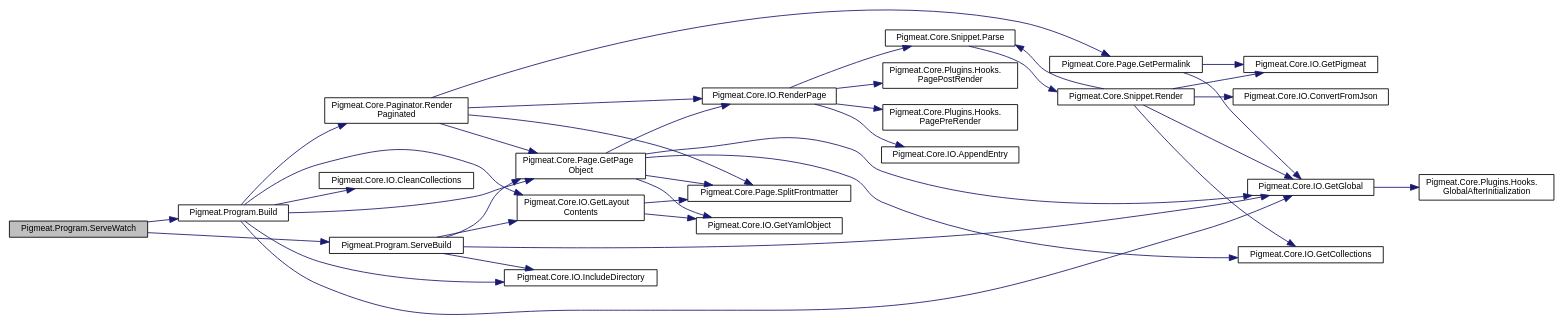
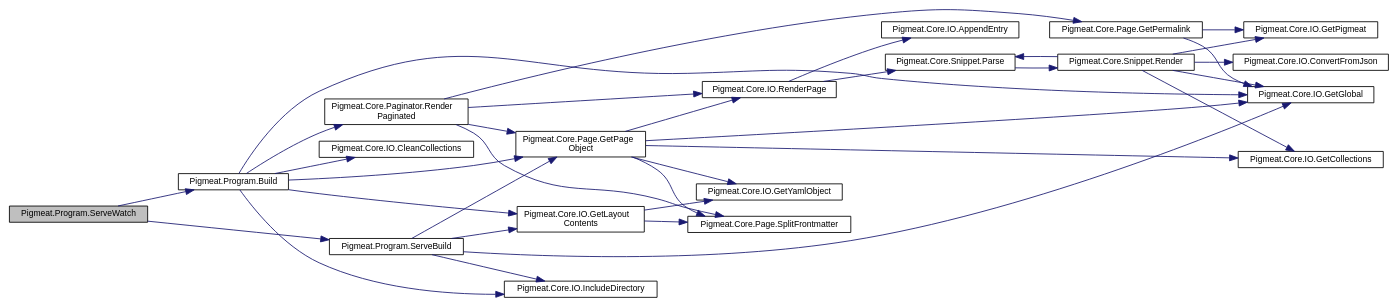
Before and after one commit to milovidov983/Pigmeat: the diagram in class_pigmeat_1_1_program_a7fbef86d893429923099420b3748b826_cgraph.dot, drawn with Graphviz. The commit also changed 198 other files, not shown here.

```diff
--- a/class_pigmeat_1_1_program_a7fbef86d893429923099420b3748b826_cgraph.dot
+++ b/class_pigmeat_1_1_program_a7fbef86d893429923099420b3748b826_cgraph.dot
@@ -3,62 +3,56 @@
   edge [fontname="Helvetica",fontsize="10",labelfontname="Helvetica",labelfontsize="10"];
   node [fontname="Helvetica",fontsize="10",shape=record];
   rankdir="LR";
-  Node147 [label="Pigmeat.Program.ServeWatch",height=0.2,width=0.4,color="black", fillcolor="grey75", style="filled", fontcolor="black"];
-  Node147 -> Node148 [color="midnightblue",fontsize="10",style="solid",fontname="Helvetica"];
-  Node148 [label="Pigmeat.Program.Build",height=0.2,width=0.4,color="black", fillcolor="white", style="filled",URL="$class_pigmeat_1_1_program.html#a878beaee804aea5645618e59b1a6d250",tooltip="The standard Pigmeat build process "];
-  Node148 -> Node149 [color="midnightblue",fontsize="10",style="solid",fontname="Helvetica"];
-  Node149 [label="Pigmeat.Core.IO.GetGlobal",height=0.2,width=0.4,color="black", fillcolor="white", style="filled",URL="$class_pigmeat_1_1_core_1_1_i_o.html#a8f84ec34a489ed4c83089b16308ddc7f",tooltip="Get file representing project&#39;s Global context "];
-  Node149 -> Node150 [color="midnightblue",fontsize="10",style="solid",fontname="Helvetica"];
-  Node150 [label="Pigmeat.Core.Plugins.Hooks.\lGlobalAfterInitialization",height=0.2,width=0.4,color="black", fillcolor="white", style="filled",URL="$class_pigmeat_1_1_core_1_1_plugins_1_1_hooks.html#ab2e3f7c36307a442db4ad8da510d2ee0",tooltip="Immediately after getting the global context"];
-  Node148 -> Node151 [color="midnightblue",fontsize="10",style="solid",fontname="Helvetica"];
-  Node151 [label="Pigmeat.Core.IO.GetLayout\lContents",height=0.2,width=0.4,color="black", fillcolor="white", style="filled",URL="$class_pigmeat_1_1_core_1_1_i_o.html#ae9cd73892daa23bdf19c9a229fe62b7b",tooltip="Get the contents of Layouts recursively "];
-  Node151 -> Node152 [color="midnightblue",fontsize="10",style="solid",fontname="Helvetica"];
-  Node152 [label="Pigmeat.Core.Page.SplitFrontmatter",height=0.2,width=0.4,color="black", fillcolor="white", style="filled",URL="$class_pigmeat_1_1_core_1_1_page.html#adeeba3432008a2b7718ad52c2e0ae058",tooltip="Gets the YAML of the frontmatter for a given page "];
-  Node151 -> Node153 [color="midnightblue",fontsize="10",style="solid",fontname="Helvetica"];
-  Node153 [label="Pigmeat.Core.IO.GetYamlObject",height=0.2,width=0.4,color="black", fillcolor="white", style="filled",URL="$class_pigmeat_1_1_core_1_1_i_o.html#a65785eb7263115da1c592b06597727f5",tooltip="Convert YAML data into JObject "];
-  Node148 -> Node154 [color="midnightblue",fontsize="10",style="solid",fontname="Helvetica"];
-  Node154 [label="Pigmeat.Core.Page.GetPage\lObject",height=0.2,width=0.4,color="black", fillcolor="white", style="filled",URL="$class_pigmeat_1_1_core_1_1_page.html#a3a2dee942bb7b2f763ce5d1caba4163d",tooltip="Parses a given page into a JObject "];
-  Node154 -> Node152 [color="midnightblue",fontsize="10",style="solid",fontname="Helvetica"];
-  Node154 -> Node153 [color="midnightblue",fontsize="10",style="solid",fontname="Helvetica"];
-  Node154 -> Node149 [color="midnightblue",fontsize="10",style="solid",fontname="Helvetica"];
-  Node154 -> Node155 [color="midnightblue",fontsize="10",style="solid",fontname="Helvetica"];
-  Node155 [label="Pigmeat.Core.IO.GetCollections",height=0.2,width=0.4,color="black", fillcolor="white", style="filled",URL="$class_pigmeat_1_1_core_1_1_i_o.html#a95f27be3fb9f5fd7e668f903c4e1cfb4",tooltip="Create a JObject to merge with the Global context containing each collection&#39;s collection.json data "];
-  Node154 -> Node156 [color="midnightblue",fontsize="10",style="solid",fontname="Helvetica"];
-  Node156 [label="Pigmeat.Core.IO.RenderPage",height=0.2,width=0.4,color="black", fillcolor="white", style="filled",URL="$class_pigmeat_1_1_core_1_1_i_o.html#a60f49d31957620c308423cad19dbf5f6",tooltip="Take layout, place Markdig-parsed content in layout, evaluate includes, render with Scriban ..."];
-  Node156 -> Node157 [color="midnightblue",fontsize="10",style="solid",fontname="Helvetica"];
-  Node157 [label="Pigmeat.Core.Plugins.Hooks.\lPagePreRender",height=0.2,width=0.4,color="black", fillcolor="white", style="filled",URL="$class_pigmeat_1_1_core_1_1_plugins_1_1_hooks.html#a30ab361c94c635258dbd8ed9b42b1327",tooltip="Just before rendering a page"];
-  Node156 -> Node158 [color="midnightblue",fontsize="10",style="solid",fontname="Helvetica"];
-  Node158 [label="Pigmeat.Core.Snippet.Parse",height=0.2,width=0.4,color="black", fillcolor="white", style="filled",URL="$class_pigmeat_1_1_core_1_1_snippet.html#a54ea5e1d3a8cd6308a1b1c9f01457146",tooltip="Parses through each {! snippet !} call in a page and evaluates them "];
-  Node158 -> Node159 [color="midnightblue",fontsize="10",style="solid",fontname="Helvetica"];
-  Node159 [label="Pigmeat.Core.Snippet.Render",height=0.2,width=0.4,color="black", fillcolor="white", style="filled",URL="$class_pigmeat_1_1_core_1_1_snippet.html#ac3dd182d3699b9997372e1baa768de2b",tooltip="Renders Snippets "];
-  Node159 -> Node149 [color="midnightblue",fontsize="10",style="solid",fontname="Helvetica"];
-  Node159 -> Node155 [color="midnightblue",fontsize="10",style="solid",fontname="Helvetica"];
-  Node159 -> Node160 [color="midnightblue",fontsize="10",style="solid",fontname="Helvetica"];
-  Node160 [label="Pigmeat.Core.IO.ConvertFromJson",height=0.2,width=0.4,color="black", fillcolor="white", style="filled",URL="$class_pigmeat_1_1_core_1_1_i_o.html#a821d02a0d3f636011b2dc0f8e8703e18",tooltip="Convert JObject to Scriban objects "];
-  Node159 -> Node161 [color="midnightblue",fontsize="10",style="solid",fontname="Helvetica"];
-  Node161 [label="Pigmeat.Core.IO.GetPigmeat",height=0.2,width=0.4,color="black", fillcolor="white", style="filled",URL="$class_pigmeat_1_1_core_1_1_i_o.html#ab52a010415630b7063180fd58759eab3",tooltip="Get JObject representing project&#39;s Pigmeat context "];
-  Node159 -> Node158 [color="midnightblue",fontsize="10",style="solid",fontname="Helvetica"];
-  Node156 -> Node162 [color="midnightblue",fontsize="10",style="solid",fontname="Helvetica"];
-  Node162 [label="Pigmeat.Core.IO.AppendEntry",height=0.2,width=0.4,color="black", fillcolor="white", style="filled",URL="$class_pigmeat_1_1_core_1_1_i_o.html#a513be40f796bdadd8f6eb31f2446716a",tooltip="Adds JObject representations of pages in a collection to the collection&#39;s entries field in its collec..."];
-  Node156 -> Node163 [color="midnightblue",fontsize="10",style="solid",fontname="Helvetica"];
-  Node163 [label="Pigmeat.Core.Plugins.Hooks.\lPagePostRender",height=0.2,width=0.4,color="black", fillcolor="white", style="filled",URL="$class_pigmeat_1_1_core_1_1_plugins_1_1_hooks.html#a6e5e78f601dbc7245682031d2ad378fa",tooltip="After rendering a page, but before writing it to disk"];
-  Node148 -> Node164 [color="midnightblue",fontsize="10",style="solid",fontname="Helvetica"];
-  Node164 [label="Pigmeat.Core.Paginator.Render\lPaginated",height=0.2,width=0.4,color="black", fillcolor="white", style="filled",URL="$class_pigmeat_1_1_core_1_1_paginator.html#a38c0bfdf8bfe439eb2a3e58a638c823a",tooltip="Outputs a paginated version of a page (requires {{ page.paginate }} and {{ page.collection }}) ..."];
-  Node164 -> Node154 [color="midnightblue",fontsize="10",style="solid",fontname="Helvetica"];
-  Node164 -> Node152 [color="midnightblue",fontsize="10",style="solid",fontname="Helvetica"];
-  Node164 -> Node165 [color="midnightblue",fontsize="10",style="solid",fontname="Helvetica"];
-  Node165 [label="Pigmeat.Core.Page.GetPermalink",height=0.2,width=0.4,color="black", fillcolor="white", style="filled",URL="$class_pigmeat_1_1_core_1_1_page.html#a22b69a07b899c8d9825fb388357ce3b7",tooltip="Parses the permalink using given metadata to generate an output path "];
-  Node165 -> Node149 [color="midnightblue",fontsize="10",style="solid",fontname="Helvetica"];
-  Node165 -> Node161 [color="midnightblue",fontsize="10",style="solid",fontname="Helvetica"];
-  Node164 -> Node156 [color="midnightblue",fontsize="10",style="solid",fontname="Helvetica"];
-  Node148 -> Node166 [color="midnightblue",fontsize="10",style="solid",fontname="Helvetica"];
-  Node166 [label="Pigmeat.Core.IO.IncludeDirectory",height=0.2,width=0.4,color="black", fillcolor="white", style="filled",URL="$class_pigmeat_1_1_core_1_1_i_o.html#ab8a3a50a1c1ae3b1183e298846b77abd",tooltip="Copy a directory recursively, for if in {{{ global.include }}} "];
-  Node148 -> Node167 [color="midnightblue",fontsize="10",style="solid",fontname="Helvetica"];
-  Node167 [label="Pigmeat.Core.IO.CleanCollections",height=0.2,width=0.4,color="black", fillcolor="white", style="filled",URL="$class_pigmeat_1_1_core_1_1_i_o.html#a0c35ca471821347e16cd0d36a4af6c2f",tooltip="Clean out the entries field in every collection.json file "];
-  Node147 -> Node168 [color="midnightblue",fontsize="10",style="solid",fontname="Helvetica"];
-  Node168 [label="Pigmeat.Program.ServeBuild",height=0.2,width=0.4,color="black", fillcolor="white", style="filled",URL="$class_pigmeat_1_1_program.html#a196f0e133927e9c381295c4915ebdfb2",tooltip="Rebuild changed files (final component of the serve command) "];
-  Node168 -> Node149 [color="midnightblue",fontsize="10",style="solid",fontname="Helvetica"];
-  Node168 -> Node151 [color="midnightblue",fontsize="10",style="solid",fontname="Helvetica"];
-  Node168 -> Node154 [color="midnightblue",fontsize="10",style="solid",fontname="Helvetica"];
-  Node168 -> Node166 [color="midnightblue",fontsize="10",style="solid",fontname="Helvetica"];
+  Node123 [label="Pigmeat.Program.ServeWatch",height=0.2,width=0.4,color="black", fillcolor="grey75", style="filled", fontcolor="black"];
+  Node123 -> Node124 [color="midnightblue",fontsize="10",style="solid",fontname="Helvetica"];
+  Node124 [label="Pigmeat.Program.Build",height=0.2,width=0.4,color="black", fillcolor="white", style="filled",URL="$class_pigmeat_1_1_program.html#a878beaee804aea5645618e59b1a6d250",tooltip="The standard Pigmeat build process "];
+  Node124 -> Node125 [color="midnightblue",fontsize="10",style="solid",fontname="Helvetica"];
+  Node125 [label="Pigmeat.Core.IO.GetGlobal",height=0.2,width=0.4,color="black", fillcolor="white", style="filled",URL="$class_pigmeat_1_1_core_1_1_i_o.html#a8f84ec34a489ed4c83089b16308ddc7f",tooltip="Get file representing project&#39;s Global context "];
+  Node124 -> Node126 [color="midnightblue",fontsize="10",style="solid",fontname="Helvetica"];
+  Node126 [label="Pigmeat.Core.IO.GetLayout\lContents",height=0.2,width=0.4,color="black", fillcolor="white", style="filled",URL="$class_pigmeat_1_1_core_1_1_i_o.html#ae9cd73892daa23bdf19c9a229fe62b7b",tooltip="Get the contents of Layouts recursively "];
+  Node126 -> Node127 [color="midnightblue",fontsize="10",style="solid",fontname="Helvetica"];
+  Node127 [label="Pigmeat.Core.Page.SplitFrontmatter",height=0.2,width=0.4,color="black", fillcolor="white", style="filled",URL="$class_pigmeat_1_1_core_1_1_page.html#adeeba3432008a2b7718ad52c2e0ae058",tooltip="Gets the YAML of the frontmatter for a given page "];
+  Node126 -> Node128 [color="midnightblue",fontsize="10",style="solid",fontname="Helvetica"];
+  Node128 [label="Pigmeat.Core.IO.GetYamlObject",height=0.2,width=0.4,color="black", fillcolor="white", style="filled",URL="$class_pigmeat_1_1_core_1_1_i_o.html#a65785eb7263115da1c592b06597727f5",tooltip="Convert YAML data into JObject "];
+  Node124 -> Node129 [color="midnightblue",fontsize="10",style="solid",fontname="Helvetica"];
+  Node129 [label="Pigmeat.Core.Page.GetPage\lObject",height=0.2,width=0.4,color="black", fillcolor="white", style="filled",URL="$class_pigmeat_1_1_core_1_1_page.html#a3a2dee942bb7b2f763ce5d1caba4163d",tooltip="Parses a given page into a JObject "];
+  Node129 -> Node127 [color="midnightblue",fontsize="10",style="solid",fontname="Helvetica"];
+  Node129 -> Node128 [color="midnightblue",fontsize="10",style="solid",fontname="Helvetica"];
+  Node129 -> Node125 [color="midnightblue",fontsize="10",style="solid",fontname="Helvetica"];
+  Node129 -> Node130 [color="midnightblue",fontsize="10",style="solid",fontname="Helvetica"];
+  Node130 [label="Pigmeat.Core.IO.GetCollections",height=0.2,width=0.4,color="black", fillcolor="white", style="filled",URL="$class_pigmeat_1_1_core_1_1_i_o.html#a95f27be3fb9f5fd7e668f903c4e1cfb4",tooltip="Create a JObject to merge with the Global context containing each collection&#39;s collection.json data "];
+  Node129 -> Node131 [color="midnightblue",fontsize="10",style="solid",fontname="Helvetica"];
+  Node131 [label="Pigmeat.Core.IO.RenderPage",height=0.2,width=0.4,color="black", fillcolor="white", style="filled",URL="$class_pigmeat_1_1_core_1_1_i_o.html#a60f49d31957620c308423cad19dbf5f6",tooltip="Take layout, place Markdig-parsed content in layout, evaluate includes, render with Scriban ..."];
+  Node131 -> Node132 [color="midnightblue",fontsize="10",style="solid",fontname="Helvetica"];
+  Node132 [label="Pigmeat.Core.Snippet.Parse",height=0.2,width=0.4,color="black", fillcolor="white", style="filled",URL="$class_pigmeat_1_1_core_1_1_snippet.html#a54ea5e1d3a8cd6308a1b1c9f01457146",tooltip="Parses through each {! snippet !} call in a page and evaluates them "];
+  Node132 -> Node133 [color="midnightblue",fontsize="10",style="solid",fontname="Helvetica"];
+  Node133 [label="Pigmeat.Core.Snippet.Render",height=0.2,width=0.4,color="black", fillcolor="white", style="filled",URL="$class_pigmeat_1_1_core_1_1_snippet.html#ac3dd182d3699b9997372e1baa768de2b",tooltip="Renders Snippets "];
+  Node133 -> Node125 [color="midnightblue",fontsize="10",style="solid",fontname="Helvetica"];
+  Node133 -> Node130 [color="midnightblue",fontsize="10",style="solid",fontname="Helvetica"];
+  Node133 -> Node134 [color="midnightblue",fontsize="10",style="solid",fontname="Helvetica"];
+  Node134 [label="Pigmeat.Core.IO.ConvertFromJson",height=0.2,width=0.4,color="black", fillcolor="white", style="filled",URL="$class_pigmeat_1_1_core_1_1_i_o.html#a821d02a0d3f636011b2dc0f8e8703e18",tooltip="Convert JObject to Scriban objects "];
+  Node133 -> Node135 [color="midnightblue",fontsize="10",style="solid",fontname="Helvetica"];
+  Node135 [label="Pigmeat.Core.IO.GetPigmeat",height=0.2,width=0.4,color="black", fillcolor="white", style="filled",URL="$class_pigmeat_1_1_core_1_1_i_o.html#ab52a010415630b7063180fd58759eab3",tooltip="Get JObject representing project&#39;s Pigmeat context "];
+  Node133 -> Node132 [color="midnightblue",fontsize="10",style="solid",fontname="Helvetica"];
+  Node131 -> Node136 [color="midnightblue",fontsize="10",style="solid",fontname="Helvetica"];
+  Node136 [label="Pigmeat.Core.IO.AppendEntry",height=0.2,width=0.4,color="black", fillcolor="white", style="filled",URL="$class_pigmeat_1_1_core_1_1_i_o.html#a513be40f796bdadd8f6eb31f2446716a",tooltip="Adds JObject representations of pages in a collection to the collection&#39;s entries field in its collec..."];
+  Node124 -> Node137 [color="midnightblue",fontsize="10",style="solid",fontname="Helvetica"];
+  Node137 [label="Pigmeat.Core.Paginator.Render\lPaginated",height=0.2,width=0.4,color="black", fillcolor="white", style="filled",URL="$class_pigmeat_1_1_core_1_1_paginator.html#a38c0bfdf8bfe439eb2a3e58a638c823a",tooltip="Outputs a paginated version of a page (requires {{ page.paginate }} and {{ page.collection }}) ..."];
+  Node137 -> Node129 [color="midnightblue",fontsize="10",style="solid",fontname="Helvetica"];
+  Node137 -> Node127 [color="midnightblue",fontsize="10",style="solid",fontname="Helvetica"];
+  Node137 -> Node138 [color="midnightblue",fontsize="10",style="solid",fontname="Helvetica"];
+  Node138 [label="Pigmeat.Core.Page.GetPermalink",height=0.2,width=0.4,color="black", fillcolor="white", style="filled",URL="$class_pigmeat_1_1_core_1_1_page.html#a22b69a07b899c8d9825fb388357ce3b7",tooltip="Parses the permalink using given metadata to generate an output path "];
+  Node138 -> Node125 [color="midnightblue",fontsize="10",style="solid",fontname="Helvetica"];
+  Node138 -> Node135 [color="midnightblue",fontsize="10",style="solid",fontname="Helvetica"];
+  Node137 -> Node131 [color="midnightblue",fontsize="10",style="solid",fontname="Helvetica"];
+  Node124 -> Node139 [color="midnightblue",fontsize="10",style="solid",fontname="Helvetica"];
+  Node139 [label="Pigmeat.Core.IO.IncludeDirectory",height=0.2,width=0.4,color="black", fillcolor="white", style="filled",URL="$class_pigmeat_1_1_core_1_1_i_o.html#ab8a3a50a1c1ae3b1183e298846b77abd",tooltip="Copy a directory recursively, for if in {{{ global.include }}} "];
+  Node124 -> Node140 [color="midnightblue",fontsize="10",style="solid",fontname="Helvetica"];
+  Node140 [label="Pigmeat.Core.IO.CleanCollections",height=0.2,width=0.4,color="black", fillcolor="white", style="filled",URL="$class_pigmeat_1_1_core_1_1_i_o.html#a0c35ca471821347e16cd0d36a4af6c2f",tooltip="Clean out the entries field in every collection.json file "];
+  Node123 -> Node141 [color="midnightblue",fontsize="10",style="solid",fontname="Helvetica"];
+  Node141 [label="Pigmeat.Program.ServeBuild",height=0.2,width=0.4,color="black", fillcolor="white", style="filled",URL="$class_pigmeat_1_1_program.html#a196f0e133927e9c381295c4915ebdfb2",tooltip="Rebuild changed files (final component of the serve command) "];
+  Node141 -> Node125 [color="midnightblue",fontsize="10",style="solid",fontname="Helvetica"];
+  Node141 -> Node126 [color="midnightblue",fontsize="10",style="solid",fontname="Helvetica"];
+  Node141 -> Node129 [color="midnightblue",fontsize="10",style="solid",fontname="Helvetica"];
+  Node141 -> Node139 [color="midnightblue",fontsize="10",style="solid",fontname="Helvetica"];
 }
```
